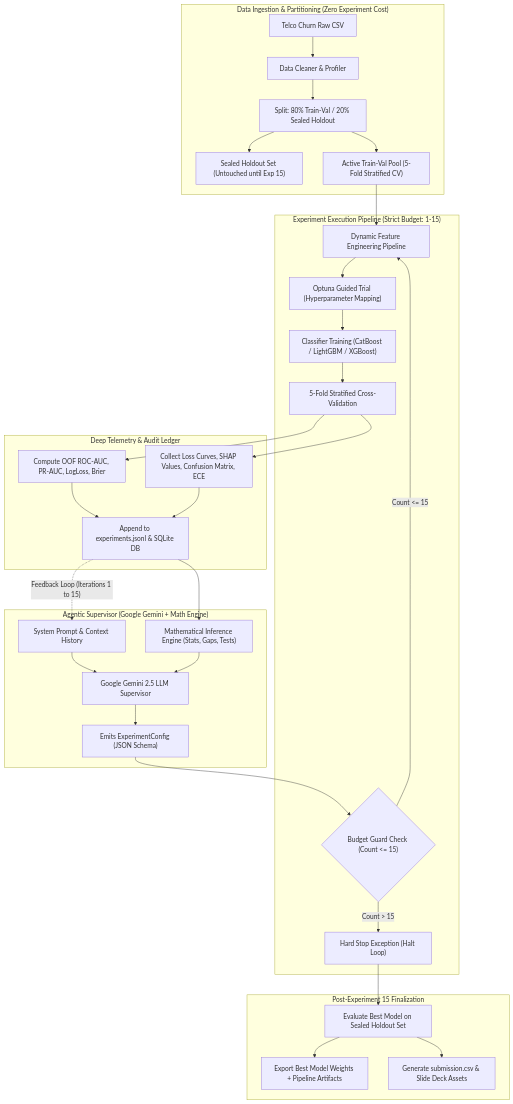
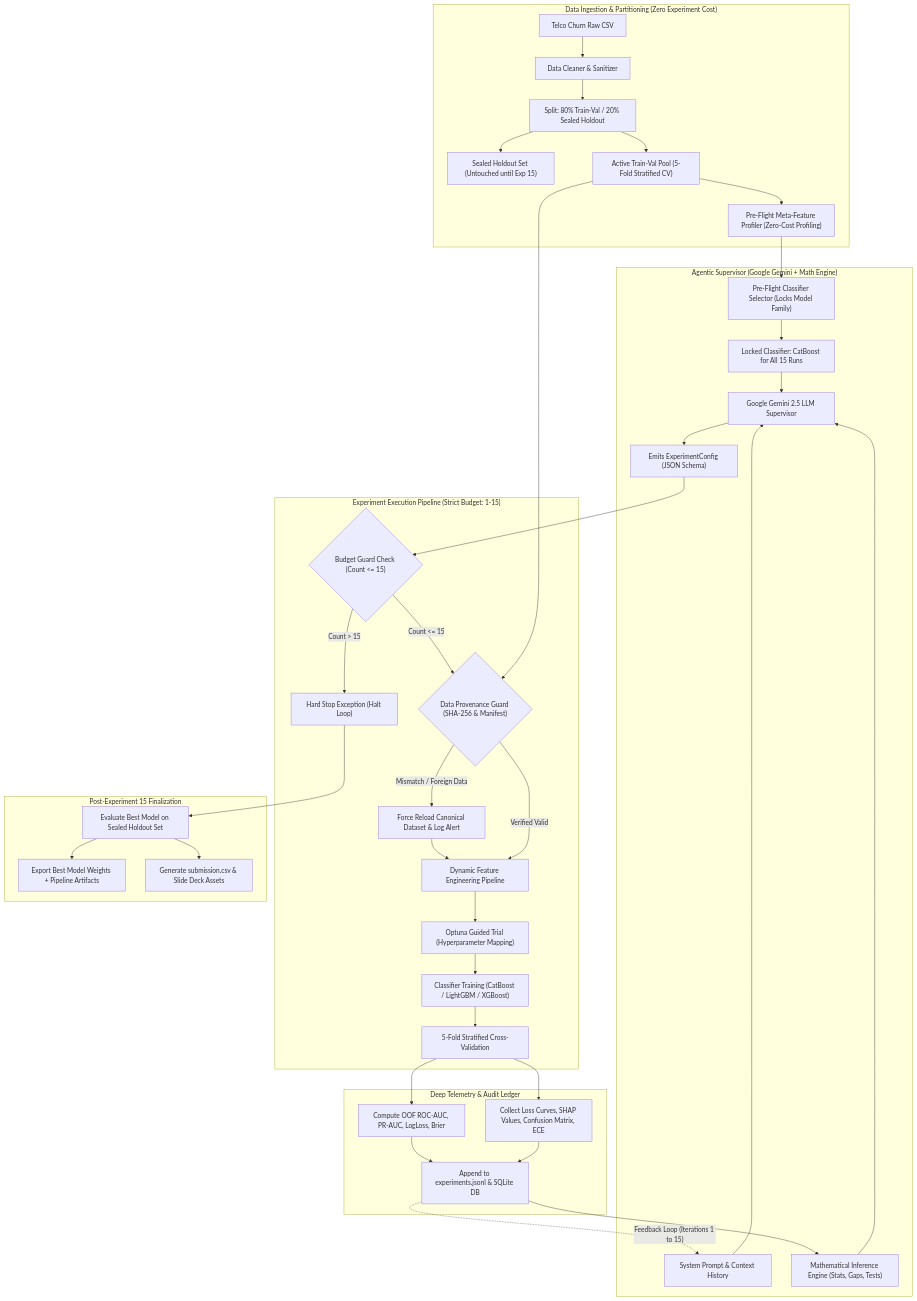
Before and after one commit to uday0214/IOTAxEngimaHackathon: the first of 3 diagrams in TECHNICAL.md, drawn with Mermaid. The commit also changed other lines of this file and 1 other file, not shown here.

Commit message:
Added: Dataset Validation & updated ARCHITECTURE.md, TECHNICAL.md

````diff
--- a/TECHNICAL.md
+++ b/TECHNICAL.md
@@ -37,42 +37,49 @@
 ```mermaid
 flowchart TD
     subgraph Data Layer ["Data Ingestion & Partitioning (Zero Experiment Cost)"]
-        RawData["Telco Churn Raw CSV"] --> PreClean["Data Cleaner & Profiler"]
+        RawData["Telco Churn Raw CSV"] --> PreClean["Data Cleaner & Sanitizer"]
         PreClean --> Partition["Split: 80% Train-Val / 20% Sealed Holdout"]
         Partition --> Holdout["Sealed Holdout Set (Untouched until Exp 15)"]
         Partition --> TrainVal["Active Train-Val Pool (5-Fold Stratified CV)"]
+        TrainVal --> PreFlight["Pre-Flight Meta-Feature Profiler (Zero-Cost Profiling)"]
     end
 
     subgraph Agentic Supervisor ["Agentic Supervisor (Google Gemini + Math Engine)"]
-        PromptTpl["System Prompt & Context History"] --> LLMPlanner["Google Gemini 2.5 LLM Supervisor"]
+        PreFlight --> ModelSelector["Pre-Flight Classifier Selector (Locks Model Family)"]
+        ModelSelector --> LockedFamily["Locked Classifier: CatBoost for All 15 Runs"]
+        LockedFamily --> LLMPlanner["Google Gemini 2.5 LLM Supervisor"]
+        PromptTpl["System Prompt & Context History"] --> LLMPlanner
         MathEngine["Mathematical Inference Engine (Stats, Gaps, Tests)"] --> LLMPlanner
         LLMPlanner --> ConfigEmitter["Emits ExperimentConfig (JSON Schema)"]
     end
 
     subgraph Experiment Execution ["Experiment Execution Pipeline (Strict Budget: 1-15)"]
         BudgetGuard{"Budget Guard Check (Count <= 15)"}
         ConfigEmitter --> BudgetGuard
         BudgetGuard -- "Count > 15" --> Abort["Hard Stop Exception (Halt Loop)"]
-        BudgetGuard -- "Count <= 15" --> FeatureEng["Dynamic Feature Engineering Pipeline"]
-        TrainVal --> FeatureEng
+        BudgetGuard -- "Count <= 15" --> DataGuard{"Data Provenance Guard (SHA-256 & Manifest)"}
+        TrainVal --> DataGuard
+        DataGuard -- "Mismatch / Foreign Data" --> ForceReset["Force Reload Canonical Dataset & Log Alert"]
+        ForceReset --> FeatureEng["Dynamic Feature Engineering Pipeline"]
+        DataGuard -- "Verified Valid" --> FeatureEng
         FeatureEng --> OptunaBridge["Optuna Guided Trial (Hyperparameter Mapping)"]
         OptunaBridge --> ModelTrainer["Classifier Training (CatBoost / LightGBM / XGBoost)"]
         ModelTrainer --> KFoldVal["5-Fold Stratified Cross-Validation"]
     end
 
     subgraph Telemetry & Audit ["Deep Telemetry & Audit Ledger"]
         KFoldVal --> MetricsCalc["Compute OOF ROC-AUC, PR-AUC, LogLoss, Brier"]
         KFoldVal --> Diagnostics["Collect Loss Curves, SHAP Values, Confusion Matrix, ECE"]
         MetricsCalc --> ExpLedger["Append to experiments.jsonl & SQLite DB"]
         Diagnostics --> ExpLedger
         ExpLedger --> MathEngine
     end
 
     subgraph Completion ["Post-Experiment 15 Finalization"]
         Abort --> FinalEval["Evaluate Best Model on Sealed Holdout Set"]
         FinalEval --> ModelExport["Export Best Model Weights + Pipeline Artifacts"]
         FinalEval --> SubmissionsGen["Generate submission.csv & Slide Deck Assets"]
     end
 
     ExpLedger -. "Feedback Loop (Iterations 1 to 15)" .-> PromptTpl
 ```
````
